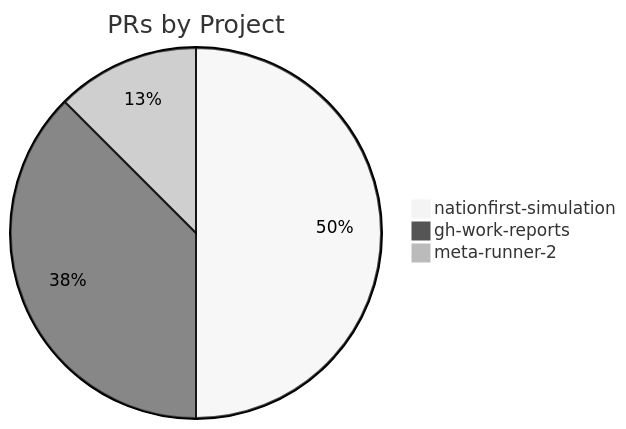
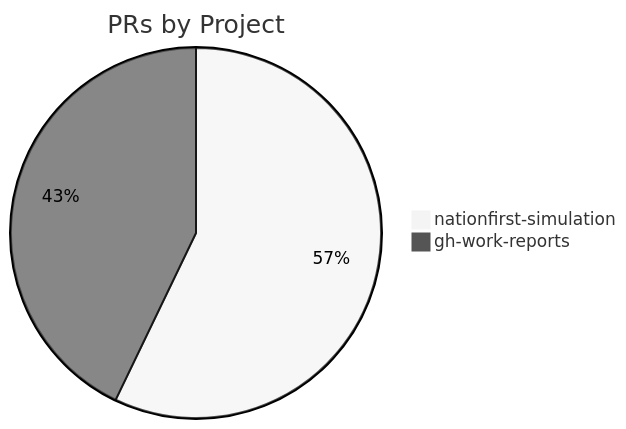
One commit to nlscng/gh-work-reports changed the first of 2 diagrams in docs/reports/report-2026-04-02-to-2026-04-09.md. Above: the diagram before and after it, drawn with Mermaid (neutral theme). The commit also changed other lines of this file and 1 other file, not shown here.

````diff
--- a/docs/reports/report-2026-04-02-to-2026-04-09.md
+++ b/docs/reports/report-2026-04-02-to-2026-04-09.md
@@ -18,6 +18,5 @@
 ```mermaid
 pie title PRs by Project
     "nationfirst-simulation" : 4
     "gh-work-reports" : 3
-    "meta-runner-2" : 1
 ```
````
